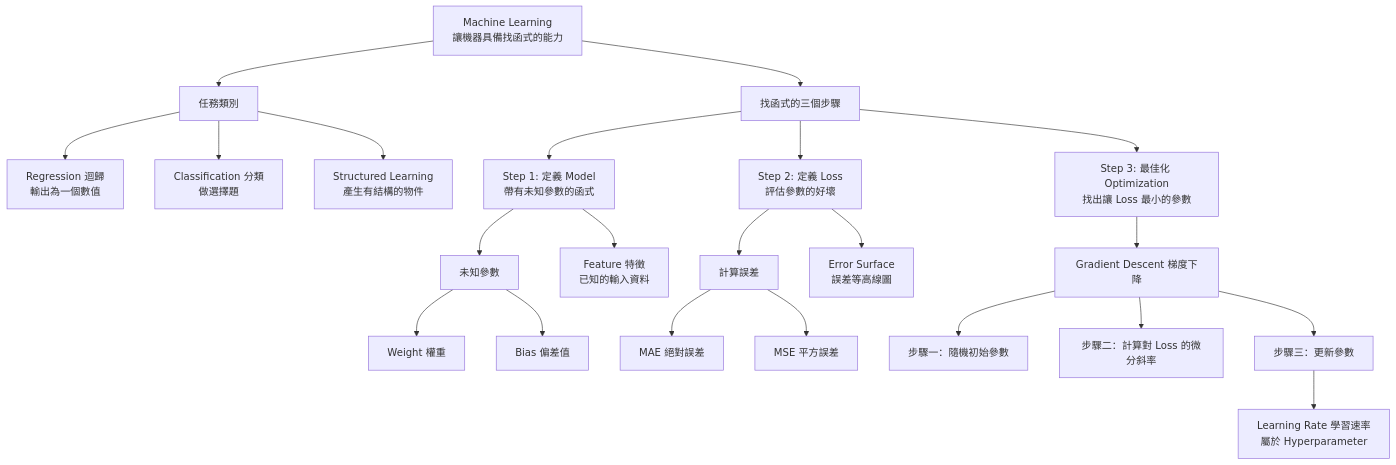
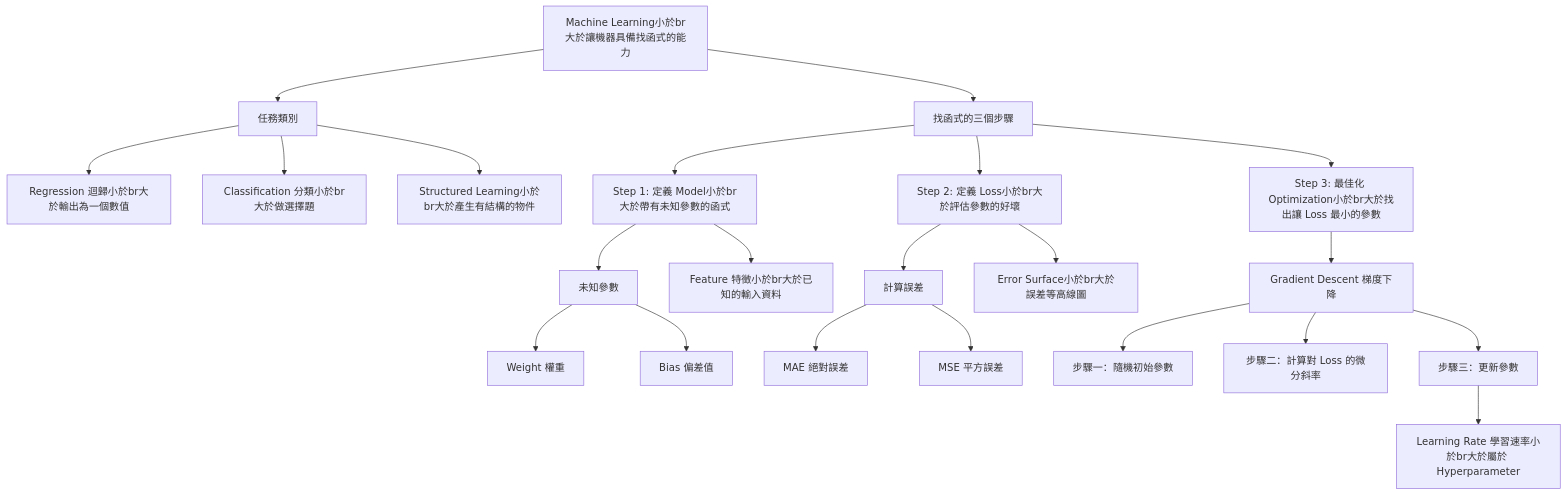
Before and after one commit to leo02311/ml2021-notes: the diagram in content/ml2021_video1_notes.md, drawn with Mermaid. The commit also changed 5 other files, not shown here.

Commit message:
Fix Mermaid invalid syntax

````diff
--- a/content/ml2021_video1_notes.md
+++ b/content/ml2021_video1_notes.md
@@ -80,29 +80,29 @@
 ```mermaid
 graph TD
-    ML[Machine Learning<br>讓機器具備找函式的能力] --> Tasks[任務類別]
+    ML[Machine Learning小於br大於讓機器具備找函式的能力] --> Tasks[任務類別]
     ML --> Steps[找函式的三個步驟]
 
-    Tasks --> REG[Regression 迴歸<br>輸出為一個數值]
-    Tasks --> CLS[Classification 分類<br>做選擇題]
-    Tasks --> STR[Structured Learning<br>產生有結構的物件]
+    Tasks --> REG[Regression 迴歸小於br大於輸出為一個數值]
+    Tasks --> CLS[Classification 分類小於br大於做選擇題]
+    Tasks --> STR[Structured Learning小於br大於產生有結構的物件]
 
-    Steps --> S1[Step 1: 定義 Model<br>帶有未知參數的函式]
-    Steps --> S2[Step 2: 定義 Loss<br>評估參數的好壞]
-    Steps --> S3[Step 3: 最佳化 Optimization<br>找出讓 Loss 最小的參數]
+    Steps --> S1[Step 1: 定義 Model小於br大於帶有未知參數的函式]
+    Steps --> S2[Step 2: 定義 Loss小於br大於評估參數的好壞]
+    Steps --> S3[Step 3: 最佳化 Optimization小於br大於找出讓 Loss 最小的參數]
 
     S1 --> Param[未知參數]
     Param --> W[Weight 權重]
     Param --> B[Bias 偏差值]
-    S1 --> Feat[Feature 特徵<br>已知的輸入資料]
+    S1 --> Feat[Feature 特徵小於br大於已知的輸入資料]
 
     S2 --> Err[計算誤差]
     Err --> MAE[MAE 絕對誤差]
     Err --> MSE[MSE 平方誤差]
-    S2 --> ES[Error Surface<br>誤差等高線圖]
+    S2 --> ES[Error Surface小於br大於誤差等高線圖]
 
     S3 --> GD[Gradient Descent 梯度下降]
     GD --> Init[步驟一：隨機初始參數]
     GD --> Diff[步驟二：計算對 Loss 的微分斜率]
     GD --> Update[步驟三：更新參數]
-    Update --> LR[Learning Rate 學習速率<br>屬於 Hyperparameter]
+    Update --> LR[Learning Rate 學習速率小於br大於屬於 Hyperparameter]
 ```
````
